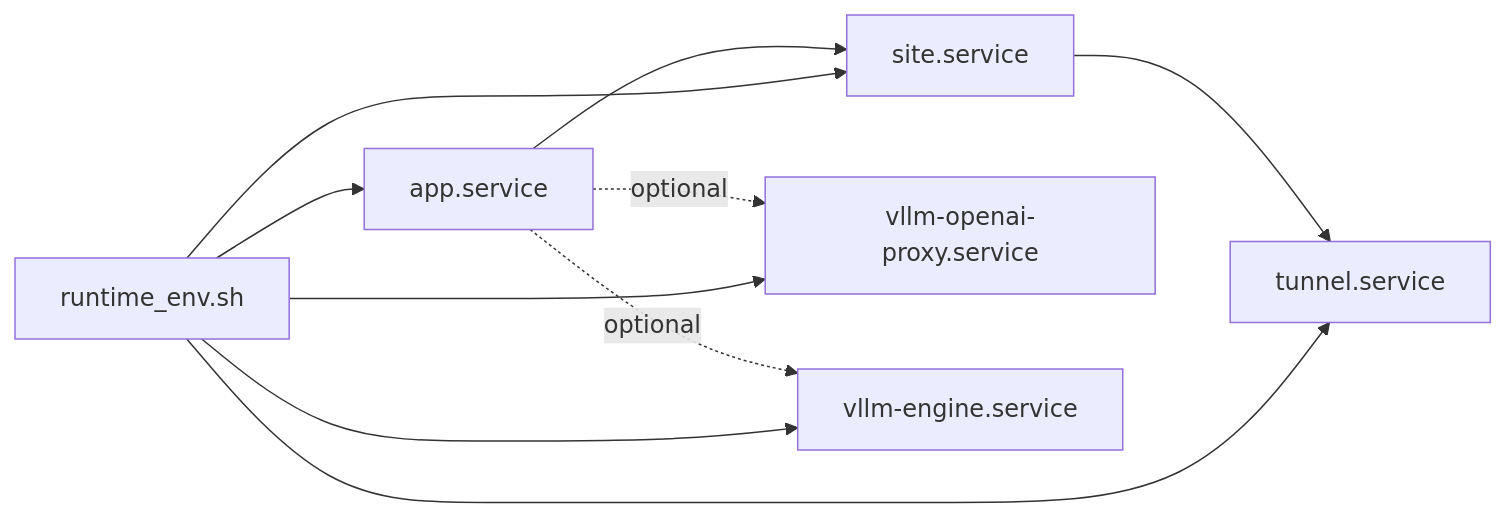
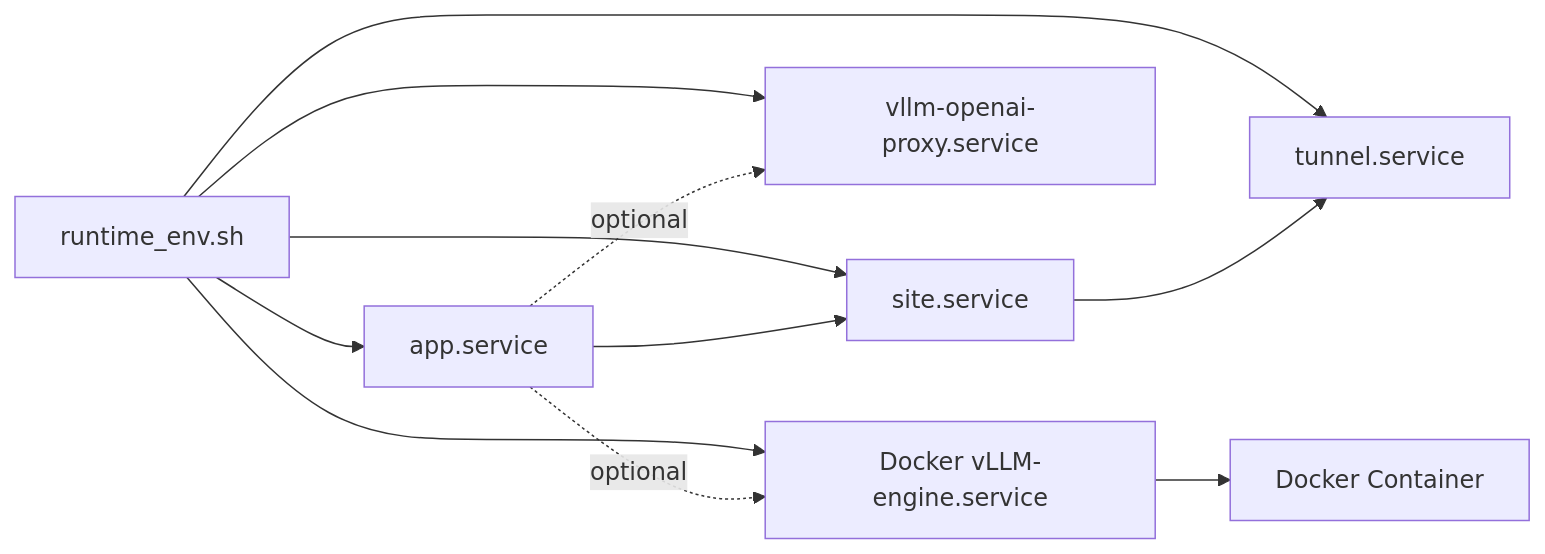
The ninth of 9 diagrams in .qoder/repowiki/en/content/Deployment and Operations/Deployment and Operations.md (intellistream/sage-mate), drawn with Mermaid before and after one commit. The commit also changed other lines of this file and 136 other files, not shown here.

First line of the commit message:
chore: source updates, bidirectional link graph, data and repowiki refresh

````diff
--- a/.qoder/repowiki/en/content/Deployment and Operations/Deployment and Operations.md
+++ b/.qoder/repowiki/en/content/Deployment and Operations/Deployment and Operations.md
@@ -444,12 +485,13 @@
 ```mermaid
 graph LR
 APP["app.service"] --> SITE["site.service"]
 SITE --> TUN["tunnel.service"]
 APP -. optional .-> VPXY["vllm-openai-proxy.service"]
-APP -. optional .-> ENGINE["vllm-engine.service"]
+APP -. optional .-> ENGINE["Docker vLLM-engine.service"]
+ENGINE --> CONT["Docker Container"]
 RUNTIME["runtime_env.sh"] --> APP
 RUNTIME --> SITE
 RUNTIME --> TUN
 RUNTIME --> ENGINE
 RUNTIME --> VPXY
 ```
````
